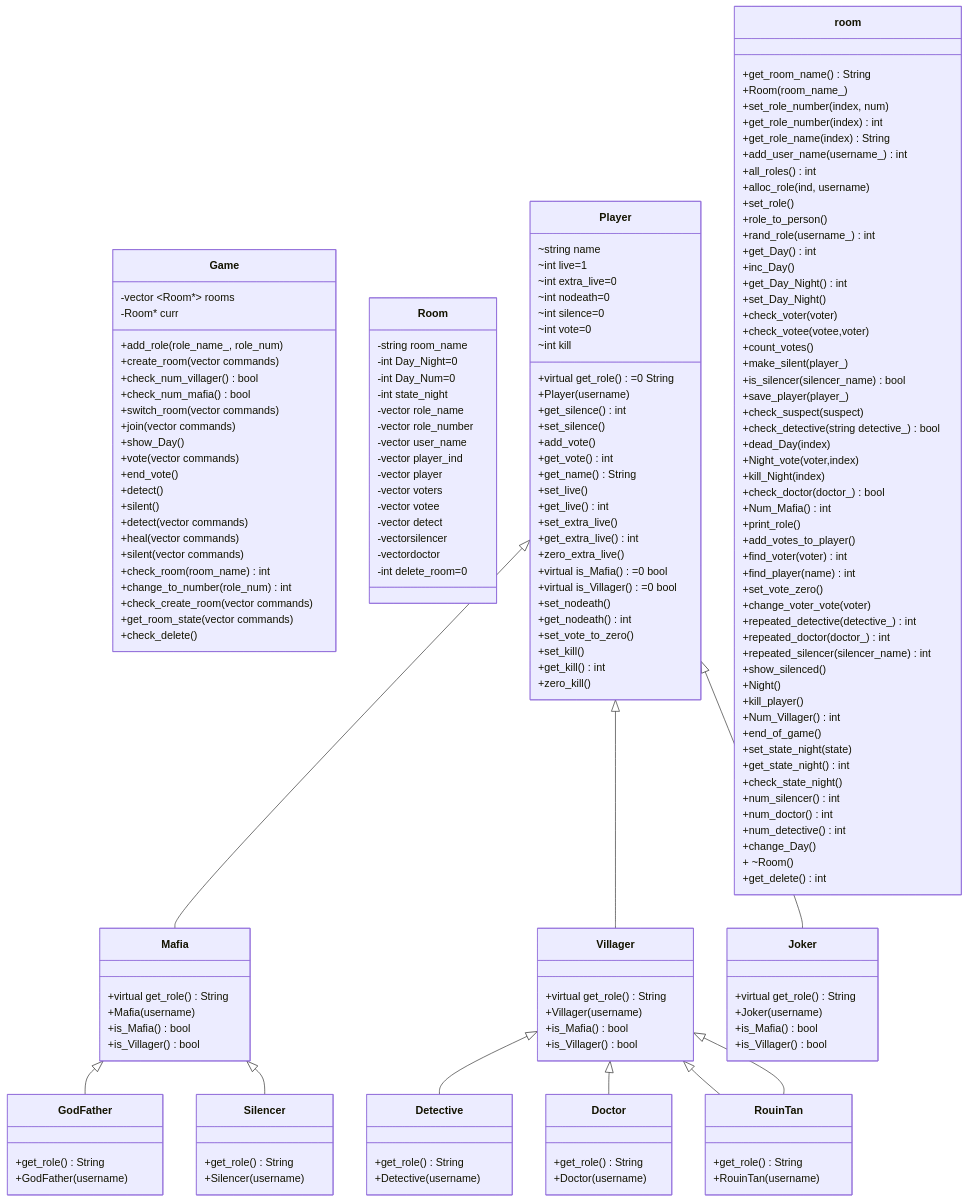
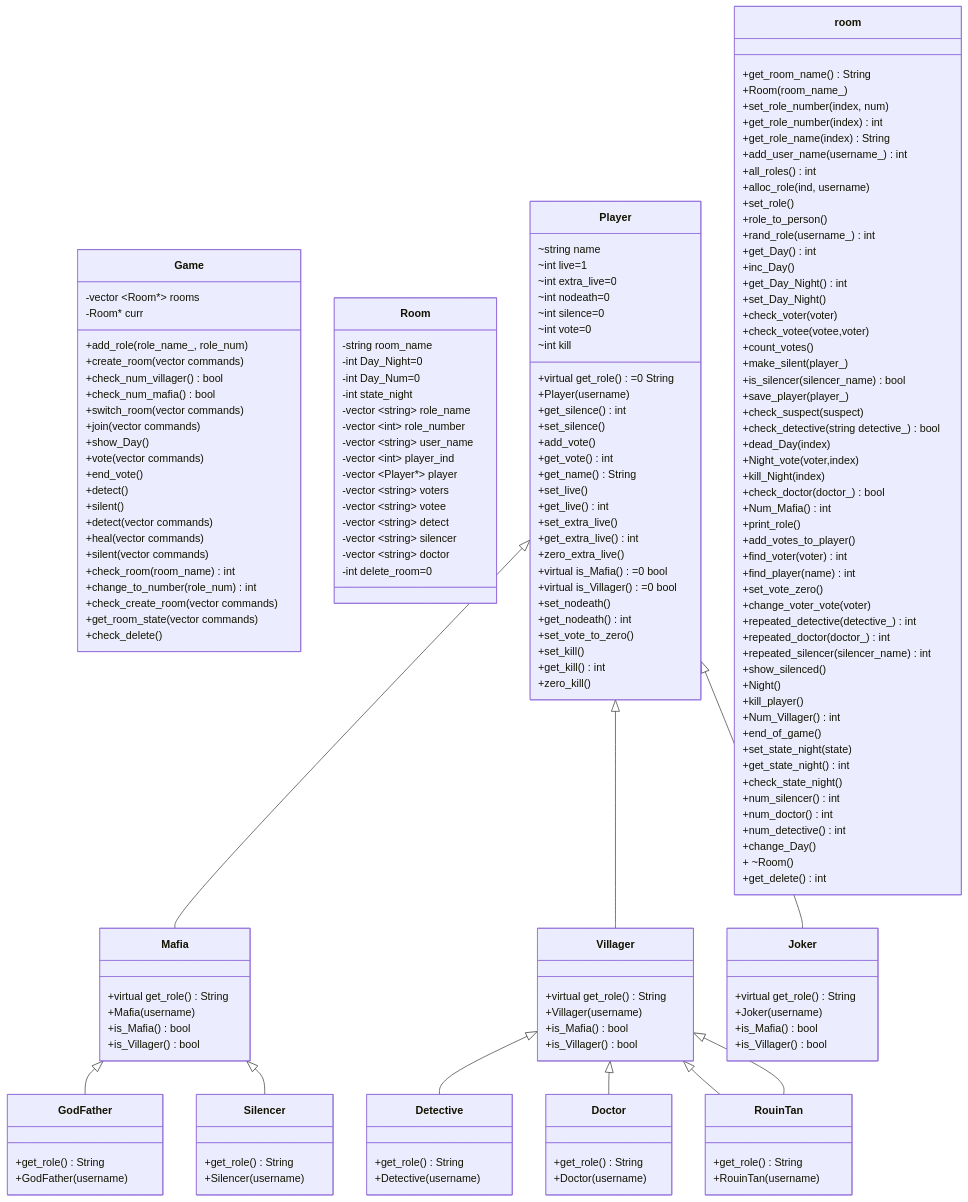
The diagram in README.md (NeginAz/mafia_game), drawn with Mermaid before and after one commit.

```diff
--- a/README.md
+++ b/README.md
@@ -28,16 +28,16 @@
       Room : -int Day_Night=0
       Room : -int Day_Num=0
       Room : -int state_night
-      Room : -vector <string> role_name
-      Room : -vector <int> role_number
-      Room : -vector <string> user_name
-      Room : -vector <int> player_ind
-      Room : -vector<Player*> player
-      Room : -vector <string> voters
-      Room : -vector<string> votee
-      Room : -vector<string> detect
-      Room : -vector<string>silencer
-      Room : -vector<string>doctor
+      Room : -vector ~string~ role_name
+      Room : -vector ~int~ role_number
+      Room : -vector ~string~ user_name
+      Room : -vector ~int~ player_ind
+      Room : -vector ~Player*~ player
+      Room : -vector ~string~ voters
+      Room : -vector ~string~ votee
+      Room : -vector ~string~ detect
+      Room : -vector ~string~ silencer
+      Room : -vector ~string~ doctor
       Room : -int delete_room=0
       Player: ~string name
       Player: ~int live=1
```
